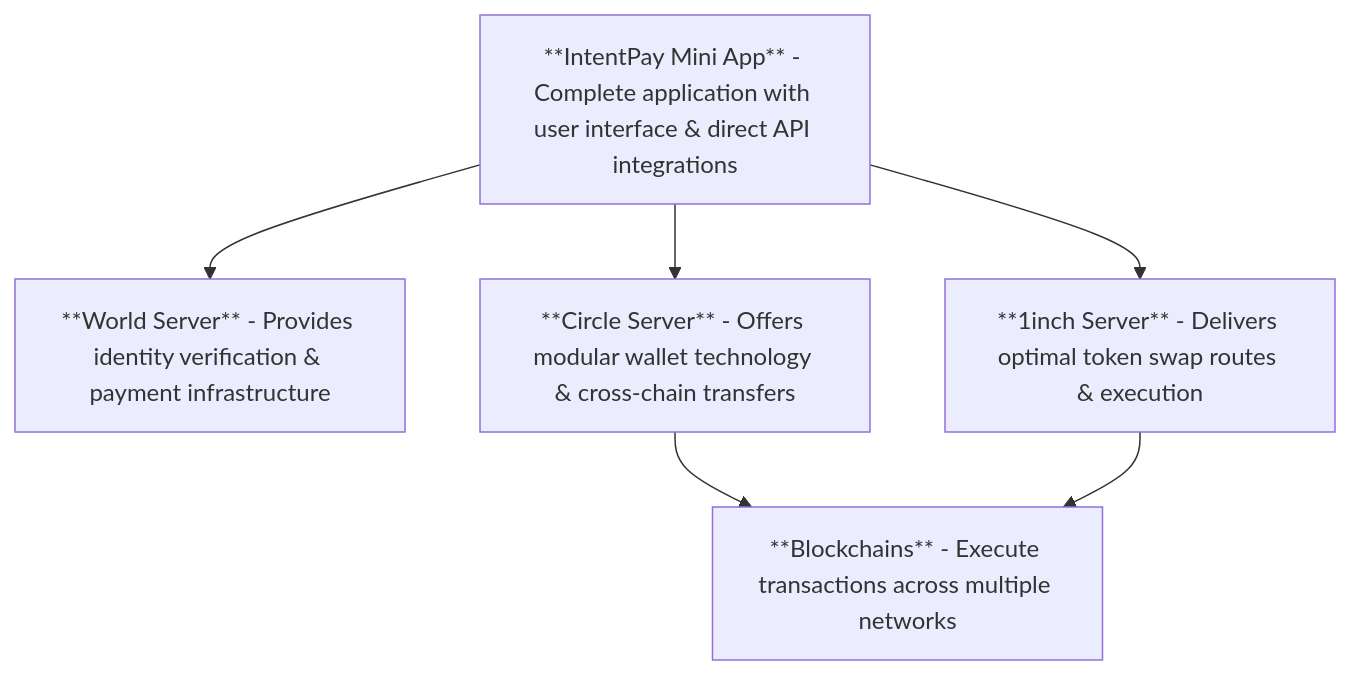
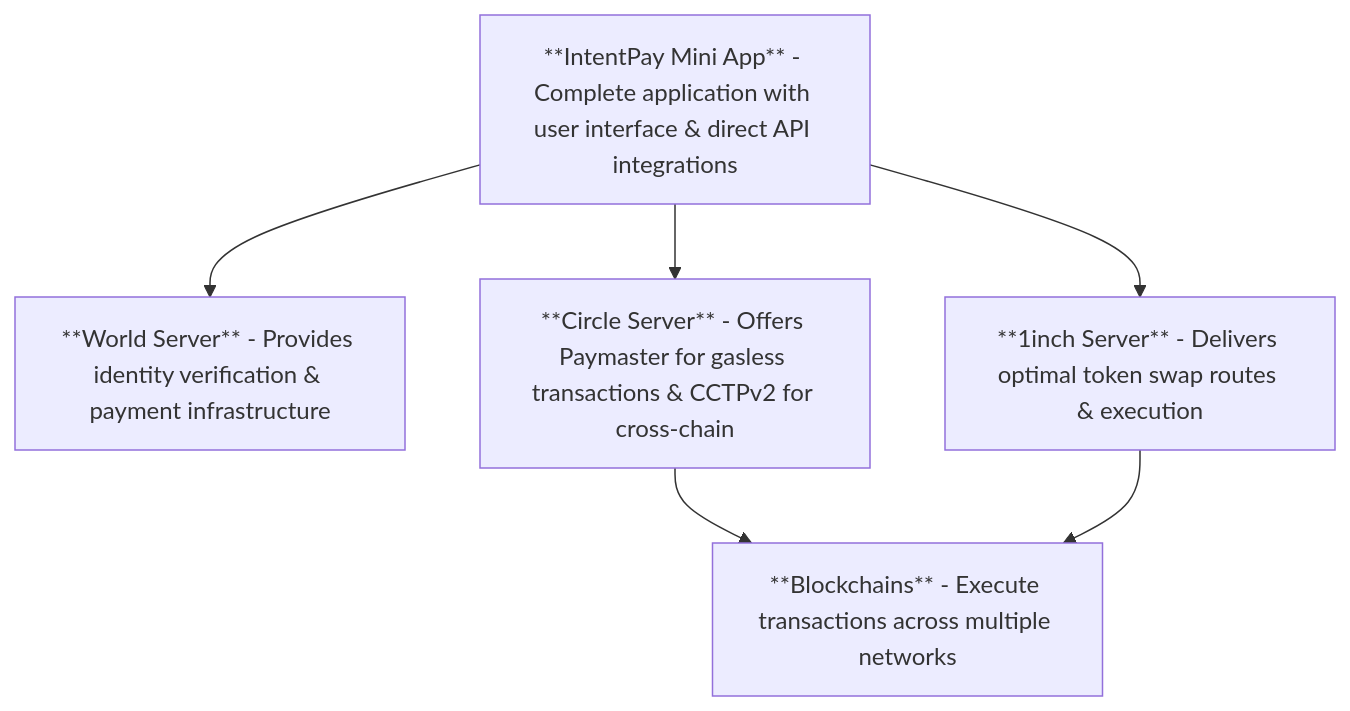
The diagram in readme.md (IntentPay/intent-pay), drawn with Mermaid before and after one commit. The commit also changed 1 other file, not shown here.

Commit message:
fix the chart

````diff
--- a/readme.md
+++ b/readme.md
@@ -82,15 +82,15 @@
 ```mermaid
 flowchart TD
     IntentPay[**IntentPay Mini App** - Complete application with user interface & direct API integrations]
-
+    
     World[**World Server** - Provides identity verification & payment infrastructure]
-    Circle[**Circle Server** - Offers modular wallet technology & cross-chain transfers]
+    Circle[**Circle Server** - Offers Paymaster for gasless transactions & CCTPv2 for cross-chain]
     OneInch[**1inch Server** - Delivers optimal token swap routes & execution]
     Blockchain[**Blockchains** - Execute transactions across multiple networks]
-
+    
     IntentPay --> World
     IntentPay --> Circle
     IntentPay --> OneInch
     Circle --> Blockchain
     OneInch --> Blockchain
 ```
````
